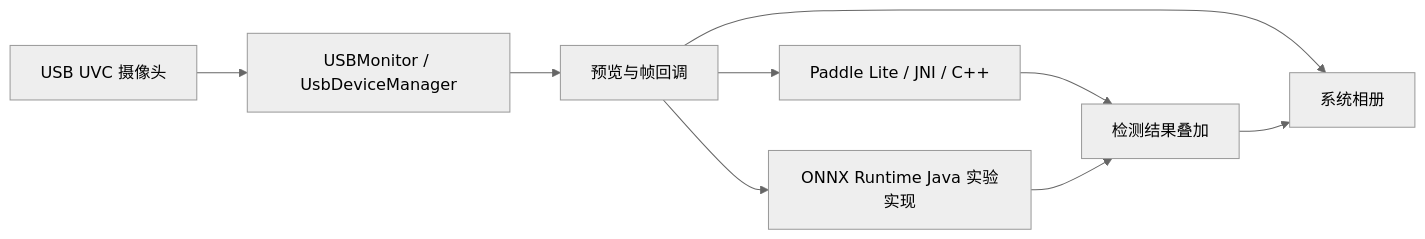
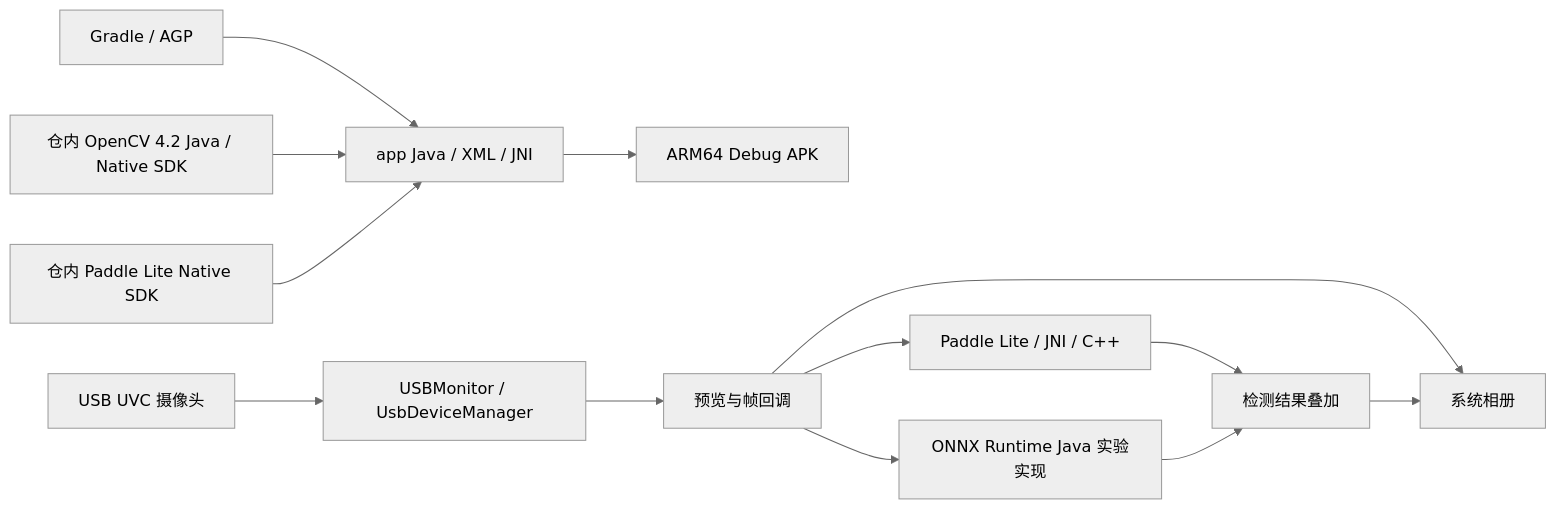
One commit to darren-you/doctor-cam changed the diagram in README.md. Above: the diagram before and after it, drawn with Mermaid (neutral theme). The commit also changed other lines of this file and 167 other files, not shown here.

First line of the commit message:
对齐 OpenCV 4.2 Java 初始化入口并移除不存在的备用 API

````diff
--- a/README.md
+++ b/README.md
@@ -16,11 +16,15 @@
 ```mermaid
 flowchart LR
+    gradle[Gradle / AGP] --> app[app Java / XML / JNI]
+    opencv[仓内 OpenCV 4.2 Java / Native SDK] --> app
+    paddleSdk[仓内 Paddle Lite Native SDK] --> app
+    app --> apk[ARM64 Debug APK]
     device[USB UVC 摄像头] --> monitor[USBMonitor / UsbDeviceManager]
     monitor --> preview[预览与帧回调]
     preview --> paddle[Paddle Lite / JNI / C++]
     preview --> onnx[ONNX Runtime Java 实验实现]
     paddle --> overlay[检测结果叠加]
     onnx --> overlay
     preview --> storage[系统相册]
     overlay --> storage
 ```
````
